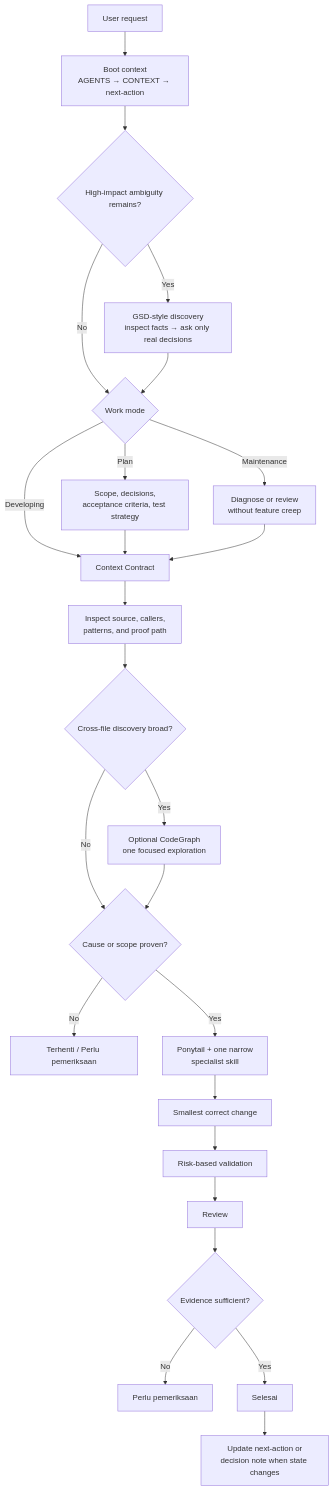
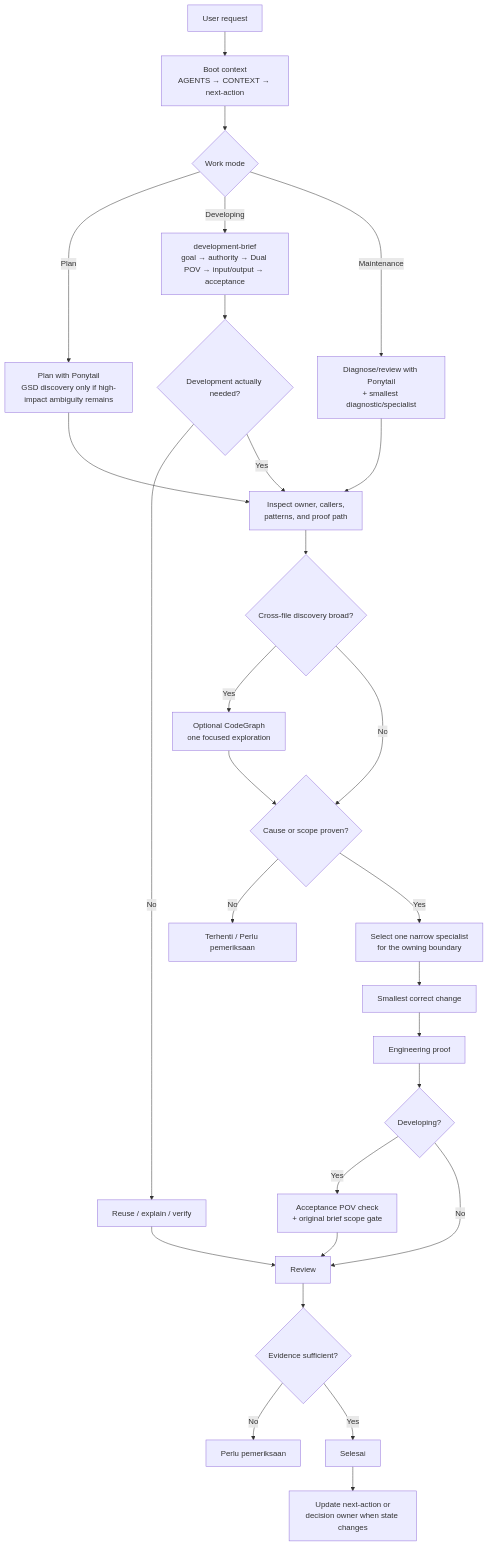
The diagram in docs/knowledge/flow.md (halokaryamedia-source/BuildIT), drawn with Mermaid before and after one commit. The commit also changed other lines of this file, not shown here.

Commit message:
docs: route Developing through development brief

````diff
--- a/docs/knowledge/flow.md
+++ b/docs/knowledge/flow.md
@@ -9,27 +9,35 @@
 ```mermaid
 flowchart TD
     A[User request] --> B[Boot context<br/>AGENTS → CONTEXT → next-action]
-    B --> C{High-impact ambiguity remains?}
-    C -- Yes --> D[GSD-style discovery<br/>inspect facts → ask only real decisions]
-    C -- No --> E{Work mode}
-    D --> E
-    E -->|Plan| F[Scope, decisions,<br/>acceptance criteria, test strategy]
-    E -->|Developing| G[Context Contract]
-    E -->|Maintenance| H[Diagnose or review<br/>without feature creep]
-    F --> G
-    H --> G
-    G --> I[Inspect source, callers,<br/>patterns, and proof path]
+    B --> C{Work mode}
+
+    C -->|Plan| P[Plan with Ponytail<br/>GSD discovery only if high-impact ambiguity remains]
+    C -->|Developing| D[development-brief<br/>goal → authority → Dual POV → input/output → acceptance]
+    C -->|Maintenance| M[Diagnose/review with Ponytail<br/>+ smallest diagnostic/specialist]
+
+    D --> N{Development actually needed?}
+    N -- No --> NR[Reuse / explain / verify]
+    N -- Yes --> I[Inspect owner, callers,<br/>patterns, and proof path]
+
+    P --> I
+    M --> I
+
     I --> J{Cross-file discovery broad?}
     J -- Yes --> CG[Optional CodeGraph<br/>one focused exploration]
     J -- No --> K{Cause or scope proven?}
     CG --> K
+
     K -- No --> L[Terhenti / Perlu pemeriksaan]
-    K -- Yes --> M[Ponytail + one narrow<br/>specialist skill]
-    M --> N[Smallest correct change]
-    N --> O[Risk-based validation]
-    O --> P[Review]
-    P --> Q{Evidence sufficient?}
-    Q -- No --> R[Perlu pemeriksaan]
-    Q -- Yes --> S[Selesai]
-    S --> T[Update next-action or<br/>decision note when state changes]
+    K -- Yes --> S[Select one narrow specialist<br/>for the owning boundary]
+    S --> CH[Smallest correct change]
+    CH --> V[Engineering proof]
+    V --> ACG{Developing?}
+    ACG -- Yes --> AP[Acceptance POV check<br/>+ original brief scope gate]
+    ACG -- No --> R[Review]
+    AP --> R
+    NR --> R
+    R --> E{Evidence sufficient?}
+    E -- No --> PR[Perlu pemeriksaan]
+    E -- Yes --> OK[Selesai]
+    OK --> U[Update next-action or<br/>decision owner when state changes]
 ```
````
